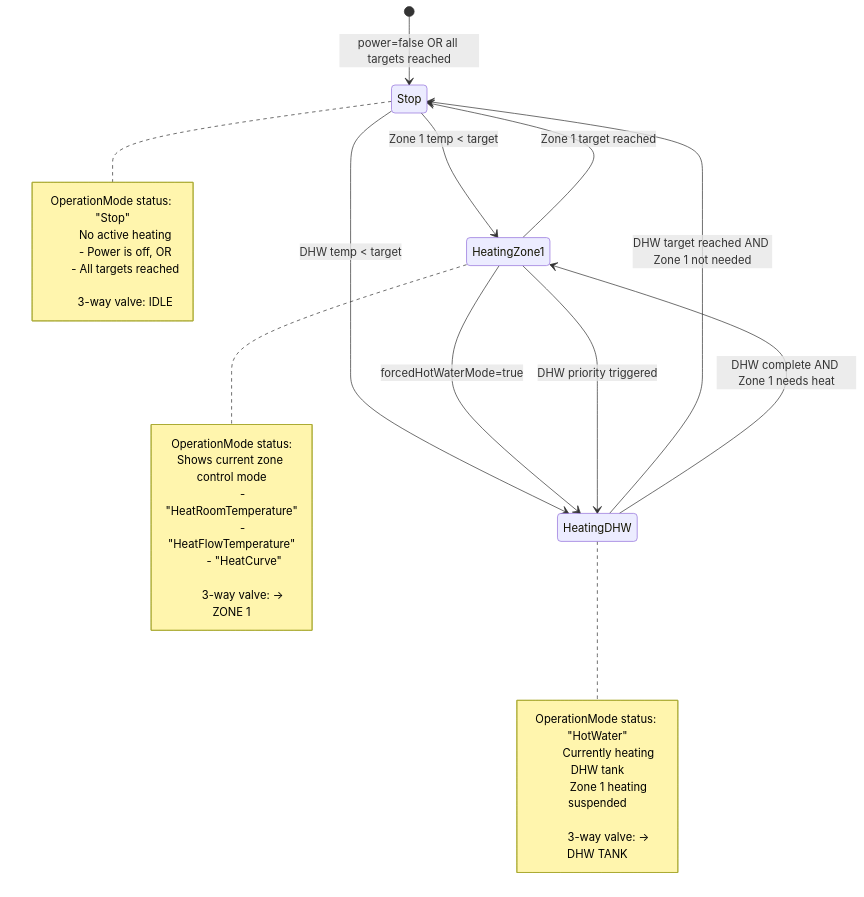
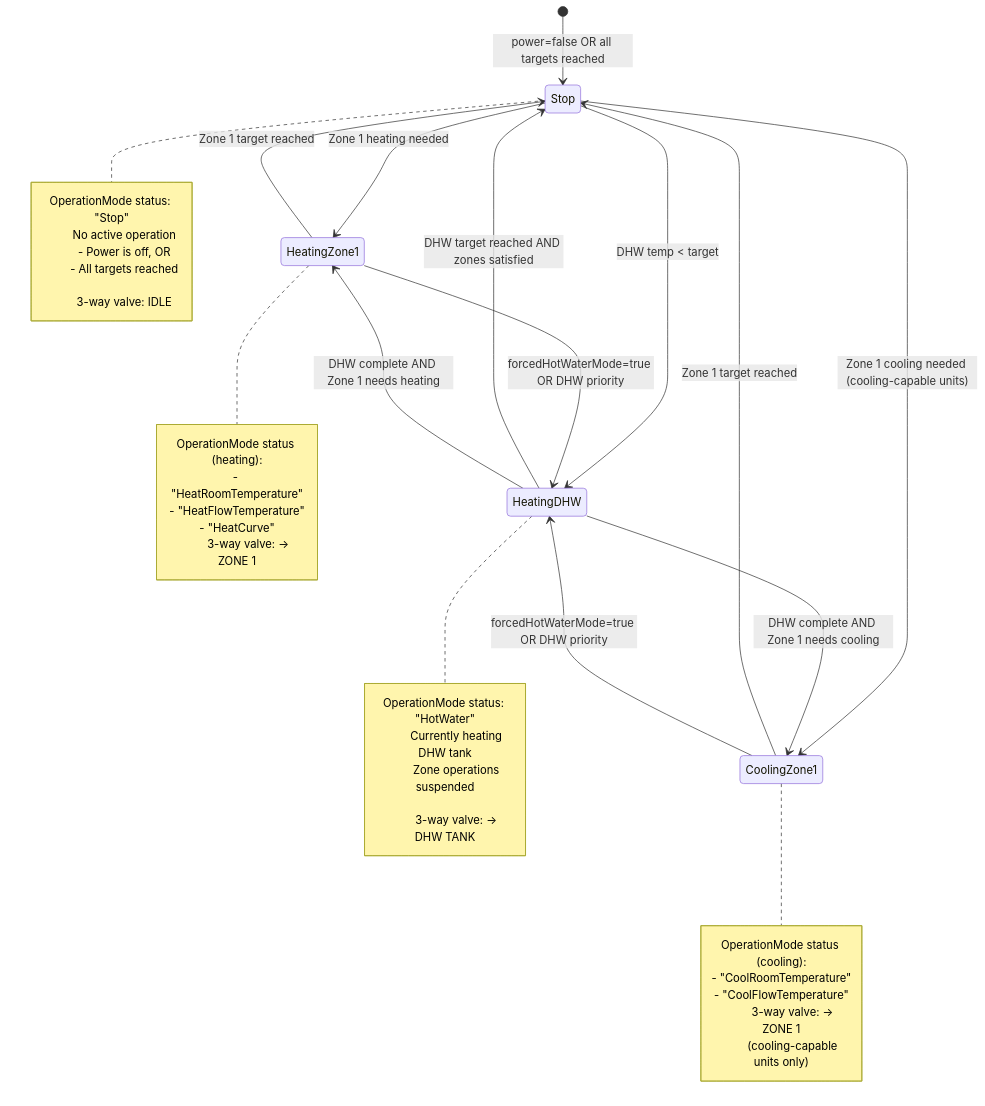
One commit to andrew-blake/melcloudhome changed the fifth of 5 diagrams in docs/architecture.md. Above: the diagram before and after it, drawn with Mermaid. The commit also changed other lines of this file and 84 other files, not shown here.

````diff
--- a/docs/architecture.md
+++ b/docs/architecture.md
@@ -331,43 +440,54 @@
 ```mermaid
 stateDiagram-v2
     [*] --> Stop: power=false OR all targets reached
-    Stop --> HeatingZone1: Zone 1 temp < target
+    Stop --> HeatingZone1: Zone 1 heating needed
+    Stop --> CoolingZone1: Zone 1 cooling needed (cooling-capable units)
     Stop --> HeatingDHW: DHW temp < target
 
     HeatingZone1 --> Stop: Zone 1 target reached
-    HeatingZone1 --> HeatingDHW: forcedHotWaterMode=true
-    HeatingZone1 --> HeatingDHW: DHW priority triggered
+    HeatingZone1 --> HeatingDHW: forcedHotWaterMode=true OR DHW priority
 
-    HeatingDHW --> Stop: DHW target reached AND Zone 1 not needed
-    HeatingDHW --> HeatingZone1: DHW complete AND Zone 1 needs heat
+    CoolingZone1 --> Stop: Zone 1 target reached
+    CoolingZone1 --> HeatingDHW: forcedHotWaterMode=true OR DHW priority
+
+    HeatingDHW --> Stop: DHW target reached AND zones satisfied
+    HeatingDHW --> HeatingZone1: DHW complete AND Zone 1 needs heating
+    HeatingDHW --> CoolingZone1: DHW complete AND Zone 1 needs cooling
 
     note right of Stop
         OperationMode status: "Stop"
 
-        No active heating
+        No active operation
         - Power is off, OR
         - All targets reached
 
         3-way valve: IDLE
     end note
 
     note right of HeatingDHW
         OperationMode status: "HotWater"
 
         Currently heating DHW tank
-        Zone 1 heating suspended
+        Zone operations suspended
 
         3-way valve: → DHW TANK
     end note
 
     note right of HeatingZone1
-        OperationMode status:
-        Shows current zone control mode
-
+        OperationMode status (heating):
         - "HeatRoomTemperature"
         - "HeatFlowTemperature"
         - "HeatCurve"
 
         3-way valve: → ZONE 1
     end note
+
+    note right of CoolingZone1
+        OperationMode status (cooling):
+        - "CoolRoomTemperature"
+        - "CoolFlowTemperature"
+
+        3-way valve: → ZONE 1
+        (cooling-capable units only)
+    end note
 ```
````
